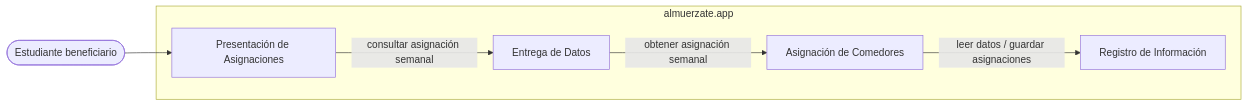
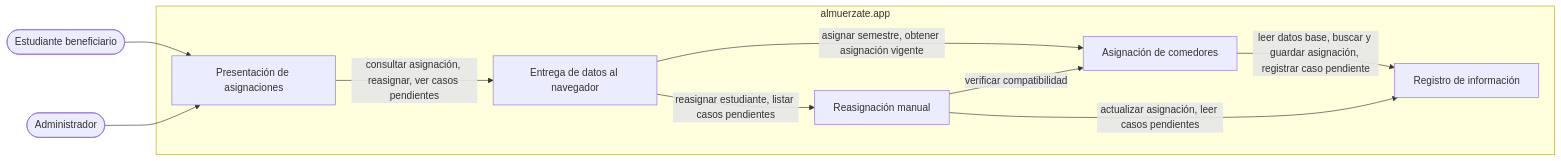
One commit to alfredoquev/Almuerzate.app changed the first of 2 diagrams in docs/requirements/almuerzate.app — Architectural & Detailed Design v1.0.md. Above: the diagram before and after it, drawn with Mermaid. The commit also changed other lines of this file, not shown here.

First line of the commit message:
Revise architectural and detailed design for almuerzate.app

````diff
--- a/docs/requirements/almuerzate.app — Architectural & Detailed Design v1.0.md
+++ b/docs/requirements/almuerzate.app — Architectural & Detailed Design v1.0.md
@@ -37,15 +40,21 @@
 ```mermaid
 flowchart LR
     Est([Estudiante beneficiario])
+    Adm([Administrador])
     subgraph SIS["almuerzate.app"]
-        PA["Presentación de Asignaciones"]
-        ED["Entrega de Datos"]
-        AC["Asignación de Comedores"]
-        RI["Registro de Información"]
+        UI["Presentación de asignaciones"]
+        ENT["Entrega de datos al navegador"]
+        ASG["Asignación de comedores"]
+        MAN["Reasignación manual"]
+        REG["Registro de información"]
     end
 
-    Est --> PA
-    PA -->|"consultar asignación semanal"| ED
-    ED -->|"obtener asignación semanal"| AC
-    AC -->|"leer datos / guardar asignaciones"| RI
+    Est --> UI
+    Adm --> UI
+    UI -->|"consultar asignación, reasignar, ver casos pendientes"| ENT
+    ENT -->|"asignar semestre, obtener asignación vigente"| ASG
+    ENT -->|"reasignar estudiante, listar casos pendientes"| MAN
+    MAN -->|"verificar compatibilidad"| ASG
+    ASG -->|"leer datos base, buscar y guardar asignación, registrar caso pendiente"| REG
+    MAN -->|"actualizar asignación, leer casos pendientes"| REG
 ```
````
